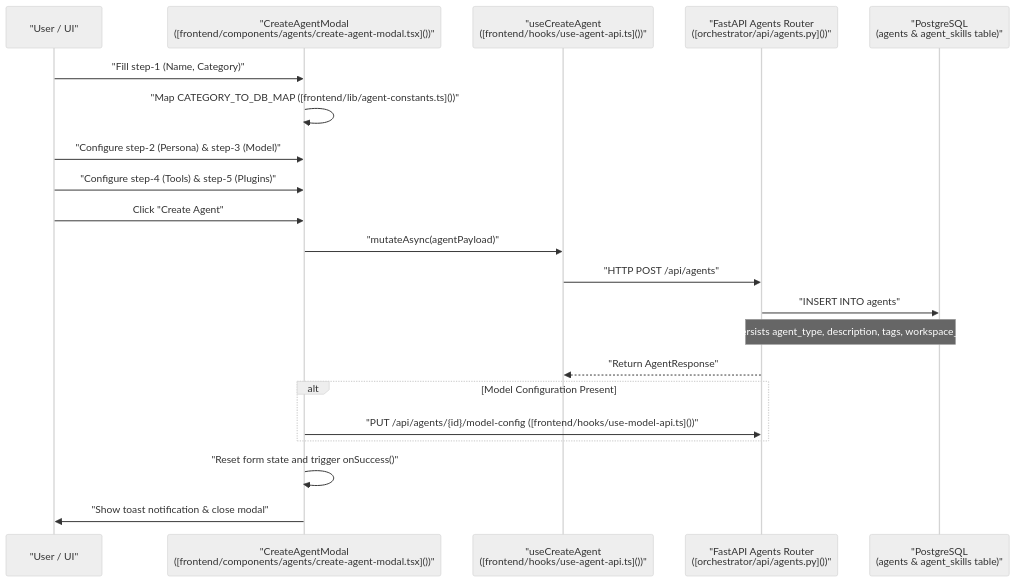
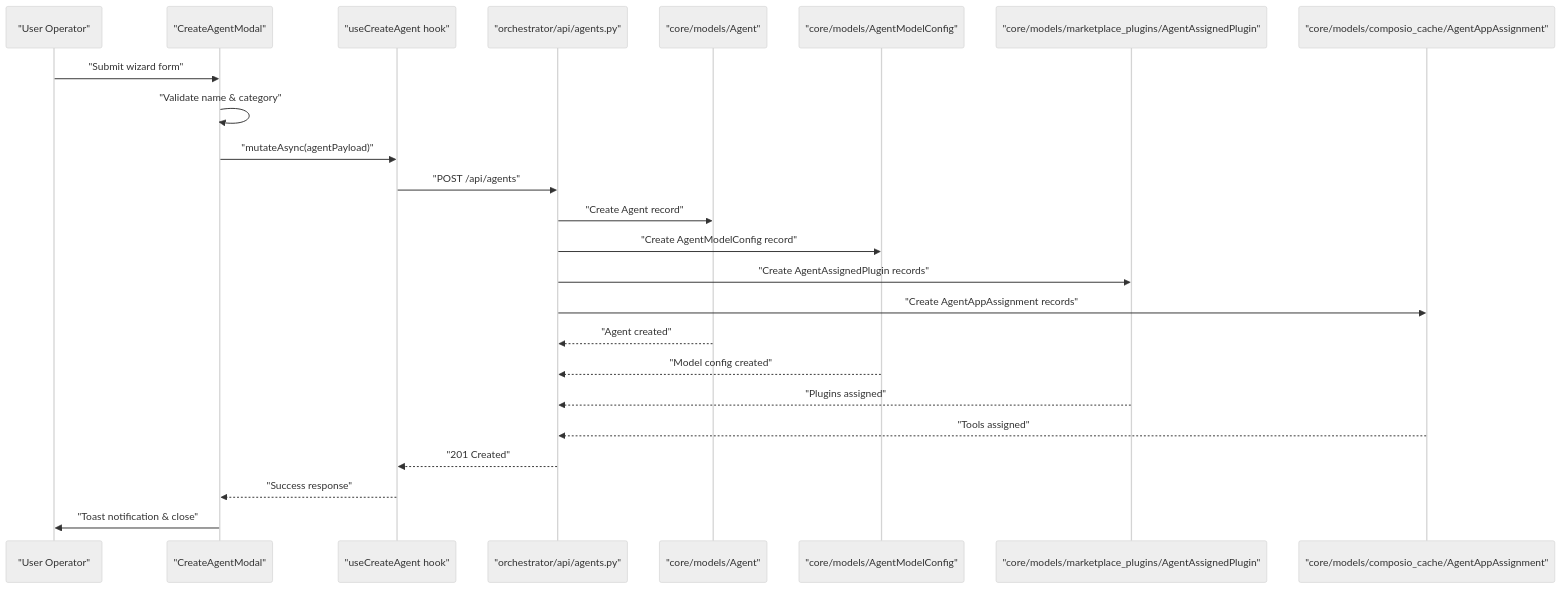
The first of 3 diagrams in docs/agents/creating-agents.md (AutomatosAI/automatos-ai), drawn with Mermaid (neutral theme) before and after one commit. The commit also changed other lines of this file and 188 other files, not shown here.

First line of the commit message:
docs: refresh architecture docs and add coverage for new subsystems (#1416)

````diff
--- a/docs/agents/creating-agents.md
+++ b/docs/agents/creating-agents.md
@@ -49,26 +59,27 @@
 ```mermaid
 sequenceDiagram
-    participant User as "User / UI"
-    participant Modal as "CreateAgentModal<br/>([frontend/components/agents/create-agent-modal.tsx]())"
-    participant Hook as "useCreateAgent<br/>([frontend/hooks/use-agent-api.ts]())"
-    participant Router as "FastAPI Agents Router<br/>([orchestrator/api/agents.py]())"
-    participant DB as "PostgreSQL<br/>(agents & agent_skills table)"
-    
-    User->>Modal: "Fill step-1 (Name, Category)"
-    Modal->>Modal: "Map CATEGORY_TO_DB_MAP ([frontend/lib/agent-constants.ts]())"
-    User->>Modal: "Configure step-2 (Persona) & step-3 (Model)"
-    User->>Modal: "Configure step-4 (Tools) & step-5 (Plugins)"
-    User->>Modal: Click "Create Agent"
-    Modal->>Hook: "mutateAsync(agentPayload)"
-    Hook->>Router: "HTTP POST /api/agents"
-    Router->>DB: "INSERT INTO agents"
-    Note over Router,DB: "Persists agent_type, description, tags, workspace_id"
-    Router-->>Hook: "Return AgentResponse"
-    
-    alt Model Configuration Present
-        Modal->>Router: "PUT /api/agents/{id}/model-config ([frontend/hooks/use-model-api.ts]())"
-    end
-    
-    Modal->>Modal: "Reset form state and trigger onSuccess()"
-    Modal->>User: "Show toast notification & close modal"
+    participant Operator as "User Operator"
+    participant CreateAgentModal as "CreateAgentModal"
+    participant useCreateAgent as "useCreateAgent hook"
+    participant AgentsRouter as "orchestrator/api/agents.py"
+    participant Agent as "core/models/Agent"
+    participant AgentModelConfig as "core/models/AgentModelConfig"
+    participant AgentAssignedPlugin as "core/models/marketplace_plugins/AgentAssignedPlugin"
+    participant AgentAppAssignment as "core/models/composio_cache/AgentAppAssignment"
+
+    Operator->>CreateAgentModal: "Submit wizard form"
+    CreateAgentModal->>CreateAgentModal: "Validate name & category"
+    CreateAgentModal->>useCreateAgent: "mutateAsync(agentPayload)"
+    useCreateAgent->>AgentsRouter: "POST /api/agents"
+    AgentsRouter->>Agent: "Create Agent record"
+    AgentsRouter->>AgentModelConfig: "Create AgentModelConfig record"
+    AgentsRouter->>AgentAssignedPlugin: "Create AgentAssignedPlugin records"
+    AgentsRouter->>AgentAppAssignment: "Create AgentAppAssignment records"
+    Agent-->>AgentsRouter: "Agent created"
+    AgentModelConfig-->>AgentsRouter: "Model config created"
+    AgentAssignedPlugin-->>AgentsRouter: "Plugins assigned"
+    AgentAppAssignment-->>AgentsRouter: "Tools assigned"
+    AgentsRouter-->>useCreateAgent: "201 Created"
+    useCreateAgent-->>CreateAgentModal: "Success response"
+    CreateAgentModal->>Operator: "Toast notification & close"
 ```
````
